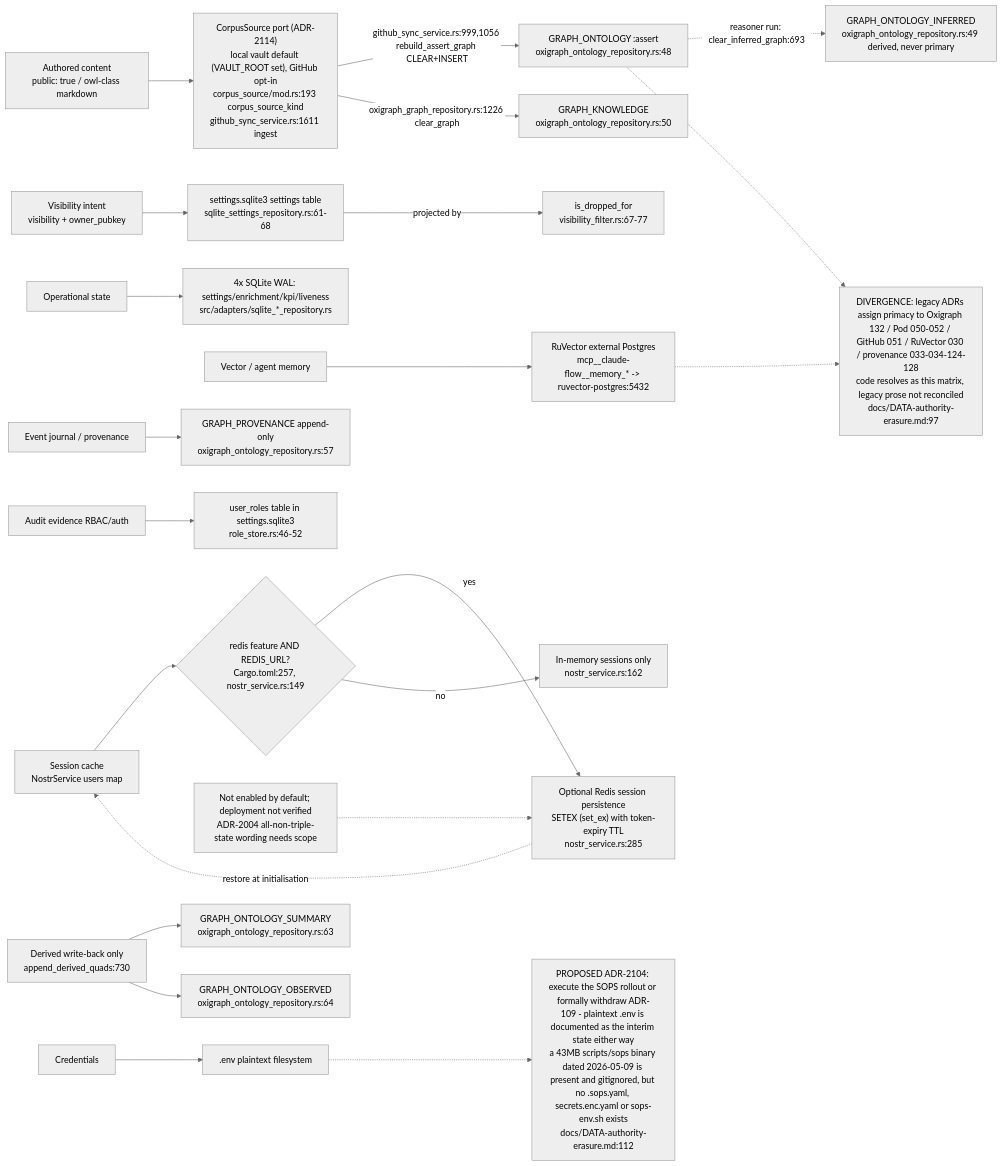
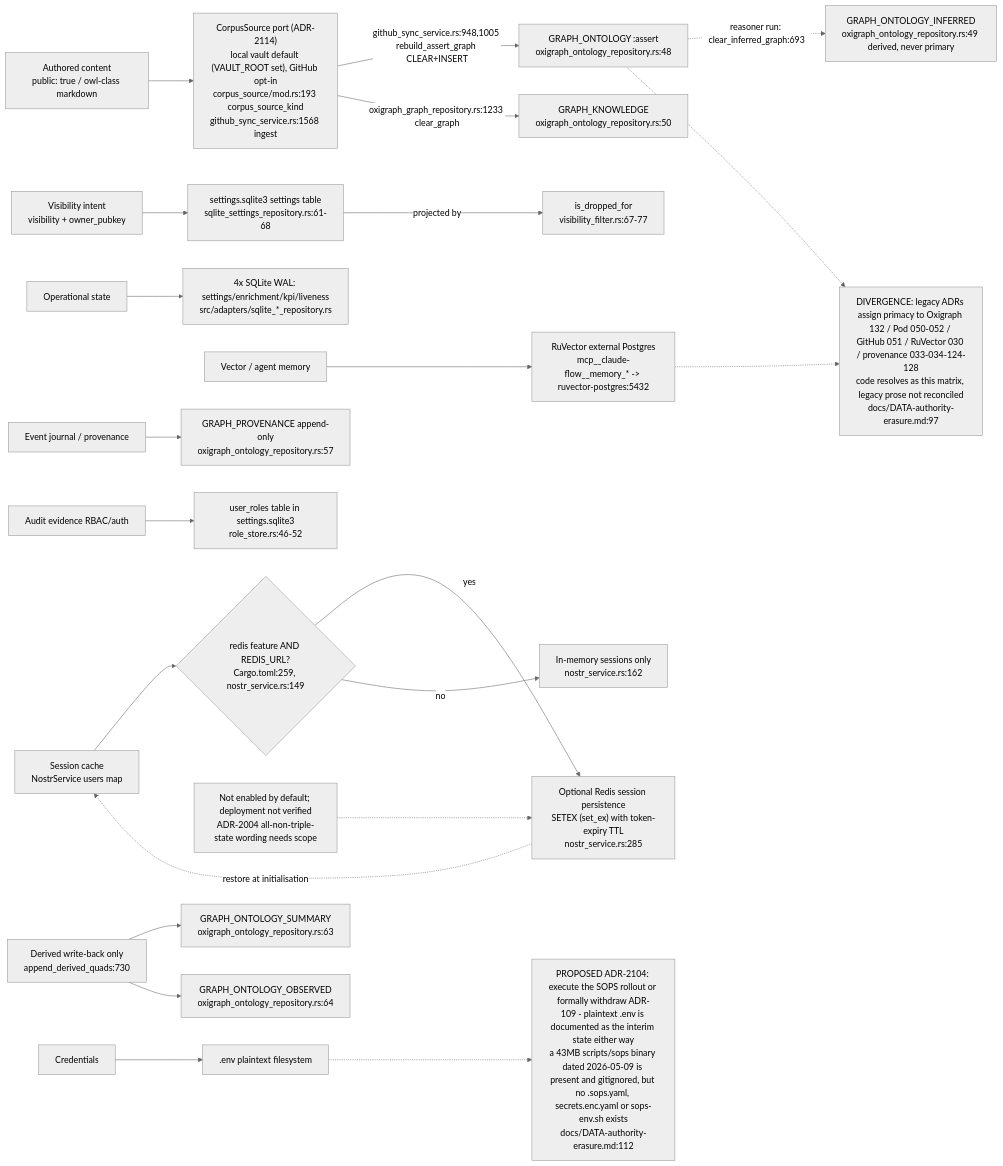
One commit to DreamLab-AI/VisionFlow changed the first of 11 diagrams in docs/diagrams/visionclaw/22-data-authority-provenance-erasure.md. Above: the diagram before and after it, drawn with Mermaid (neutral theme). The commit also changed other lines of this file and 111 other files, not shown here.

Commit message:
docs(diagrams): align estate maps with current source

````diff
--- a/docs/diagrams/visionclaw/22-data-authority-provenance-erasure.md
+++ b/docs/diagrams/visionclaw/22-data-authority-provenance-erasure.md
@@ -49,37 +49,37 @@
 ```mermaid
 flowchart LR
-    AuthContent["Authored content<br/>public: true / owl-class markdown"] --> CorpusSrc["CorpusSource port (ADR-2114)<br/>local vault default (VAULT_ROOT set), GitHub opt-in<br/>corpus_source/mod.rs:193 corpus_source_kind<br/>github_sync_service.rs:1611 ingest"]
-    CorpusSrc -->|"github_sync_service.rs:999,1056 rebuild_assert_graph CLEAR+INSERT"| AssertGraph["GRAPH_ONTOLOGY :assert<br/>oxigraph_ontology_repository.rs:48"]
-    CorpusSrc -->|"oxigraph_graph_repository.rs:1226 clear_graph"| KnowledgeGraph["GRAPH_KNOWLEDGE<br/>oxigraph_ontology_repository.rs:50"]
+    AuthContent["Authored content<br/>public: true / owl-class markdown"] --> CorpusSrc["CorpusSource port (ADR-2114)<br/>local vault default (VAULT_ROOT set), GitHub opt-in<br/>corpus_source/mod.rs:193 corpus_source_kind<br/>github_sync_service.rs:1568 ingest"]
+    CorpusSrc -->|"github_sync_service.rs:948,1005 rebuild_assert_graph CLEAR+INSERT"| AssertGraph["GRAPH_ONTOLOGY :assert<br/>oxigraph_ontology_repository.rs:48"]
+    CorpusSrc -->|"oxigraph_graph_repository.rs:1233 clear_graph"| KnowledgeGraph["GRAPH_KNOWLEDGE<br/>oxigraph_ontology_repository.rs:50"]
 
     VisIntent["Visibility intent<br/>visibility + owner_pubkey"] --> SettingsDB["settings.sqlite3 settings table<br/>sqlite_settings_repository.rs:61-68"]
     SettingsDB -->|"projected by"| VisFilter["is_dropped_for<br/>visibility_filter.rs:67-77"]
 
     AssertGraph -.->|"reasoner run: clear_inferred_graph:693"| InferredGraph["GRAPH_ONTOLOGY_INFERRED<br/>oxigraph_ontology_repository.rs:49 derived, never primary"]
 
     OpState["Operational state"] --> SqliteFour["4x SQLite WAL: settings/enrichment/kpi/liveness<br/>src/adapters/sqlite_*_repository.rs"]
 
     VectorMem["Vector / agent memory"] --> RuVector["RuVector external Postgres<br/>mcp__claude-flow__memory_* -> ruvector-postgres:5432"]
 
     EventJournal["Event journal / provenance"] --> ProvGraph["GRAPH_PROVENANCE append-only<br/>oxigraph_ontology_repository.rs:57"]
 
     AuditRBAC["Audit evidence RBAC/auth"] --> RoleTable["user_roles table in settings.sqlite3<br/>role_store.rs:46-52"]
 
-    Sessions["Session cache<br/>NostrService users map"] --> RedisGate{"redis feature AND REDIS_URL?<br/>Cargo.toml:257, nostr_service.rs:149"}
+    Sessions["Session cache<br/>NostrService users map"] --> RedisGate{"redis feature AND REDIS_URL?<br/>Cargo.toml:259, nostr_service.rs:149"}
     RedisGate -->|yes| Redis["Optional Redis session persistence<br/>SETEX (set_ex) with token-expiry TTL<br/>nostr_service.rs:285"]
     RedisGate -->|no| Memory["In-memory sessions only<br/>nostr_service.rs:162"]
     Redis -.->|"restore at initialisation"| Sessions
     RedisScope["Not enabled by default; deployment not verified<br/>ADR-2004 all-non-triple-state wording needs scope"] -.-> Redis
 
     Credentials["Credentials"] --> DotEnv[".env plaintext filesystem"]
 
     DerivedWB["Derived write-back only<br/>append_derived_quads:730"] --> SummaryGraph["GRAPH_ONTOLOGY_SUMMARY<br/>oxigraph_ontology_repository.rs:63"]
     DerivedWB --> ObservedGraph["GRAPH_ONTOLOGY_OBSERVED<br/>oxigraph_ontology_repository.rs:64"]
 
     DivLegacy["DIVERGENCE: legacy ADRs assign primacy to Oxigraph 132 / Pod 050-052 / GitHub 051 / RuVector 030 / provenance 033-034-124-128<br/>code resolves as this matrix, legacy prose not reconciled<br/>docs/DATA-authority-erasure.md:97"]
     AssertGraph -.-> DivLegacy
     RuVector -.-> DivLegacy
 
     DivCreds["PROPOSED ADR-2104: execute the SOPS rollout or formally withdraw ADR-109 - plaintext .env is documented as the interim state either way<br/>a 43MB scripts/sops binary dated 2026-05-09 is present and gitignored, but no .sops.yaml, secrets.enc.yaml or sops-env.sh exists<br/>docs/DATA-authority-erasure.md:112"]
     DotEnv -.-> DivCreds
 ```
````
